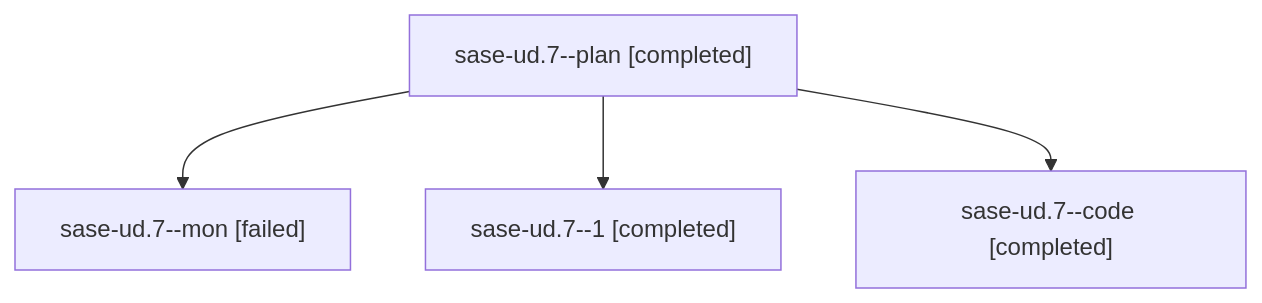
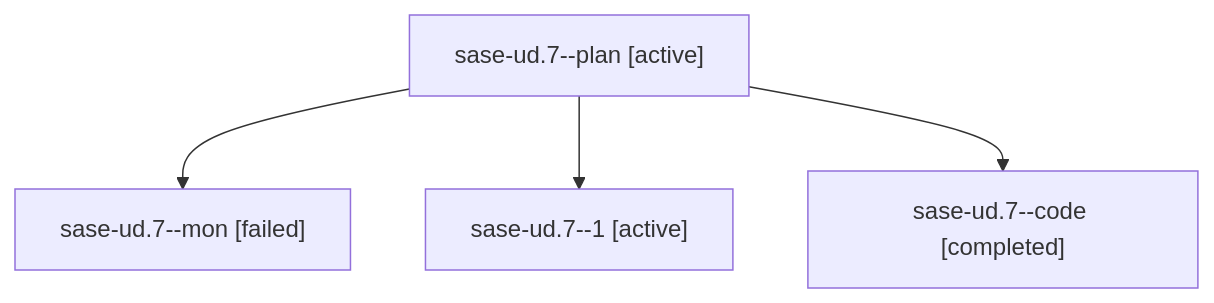
One commit to sase-org/sase--agents changed the diagram in families/bbugyi200.athena.sase-ud.7.md. Above: the diagram before and after it, drawn with Mermaid. The commit also changed other lines of this file and 35830 other files, not shown here.

````diff
--- a/families/bbugyi200.athena.sase-ud.7.md
+++ b/families/bbugyi200.athena.sase-ud.7.md
@@ -9,10 +9,10 @@
 ```mermaid
 flowchart TD
-  n0["sase-ud.7--plan [completed]"]
+  n0["sase-ud.7--plan [active]"]
   n1["sase-ud.7--mon [failed]"]
   n0 --> n1
-  n2["sase-ud.7--1 [completed]"]
+  n2["sase-ud.7--1 [active]"]
   n0 --> n2
   n3["sase-ud.7--code [completed]"]
   n0 --> n3
 ```
````
